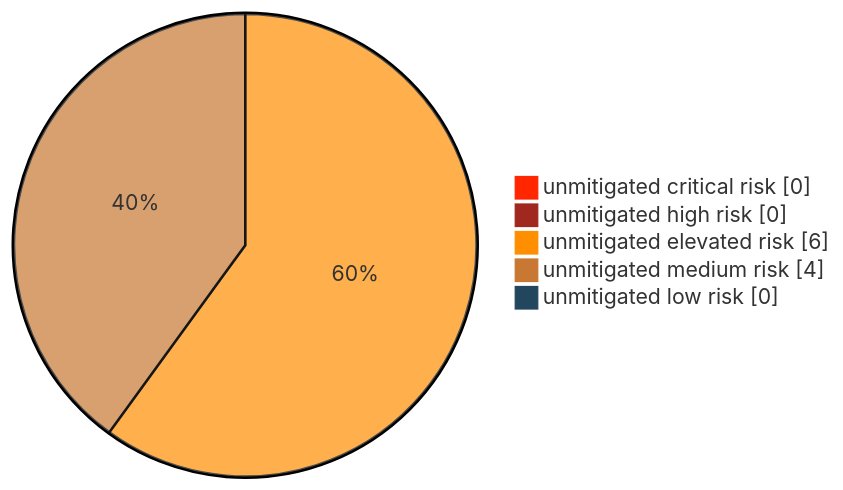
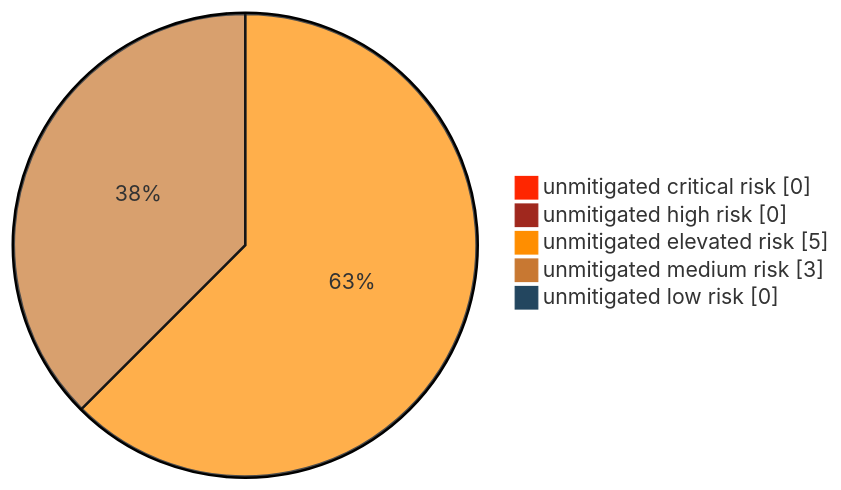
The first of 2 diagrams in report/adocReport/030_RiskMitigationStatus.adoc (0x3f8/threat-model-demo), drawn with Mermaid before and after one commit. The commit also changed other lines of this file and 28 other files, not shown here.

```diff
--- a/report/adocReport/030_RiskMitigationStatus.adoc
+++ b/report/adocReport/030_RiskMitigationStatus.adoc
@@ -75,10 +75,10 @@
 [mermaid]
 ....
 %%{init: {'pie' : {'textPosition' : 0.5}, 'theme': 'base', 'themeVariables': { 'pie1': '#FF2600', 'pie2': '#A0281E', 'pie3': '#FF8E00', 'pie4': '#C87832', 'pie5': '#23465F'}}}%%
 pie showData
   "unmitigated critical risk" : 0
   "unmitigated high risk" : 0
-  "unmitigated elevated risk" : 6
-  "unmitigated medium risk" : 4
+  "unmitigated elevated risk" : 5
+  "unmitigated medium risk" : 3
   "unmitigated low risk" : 0
 ....
```
